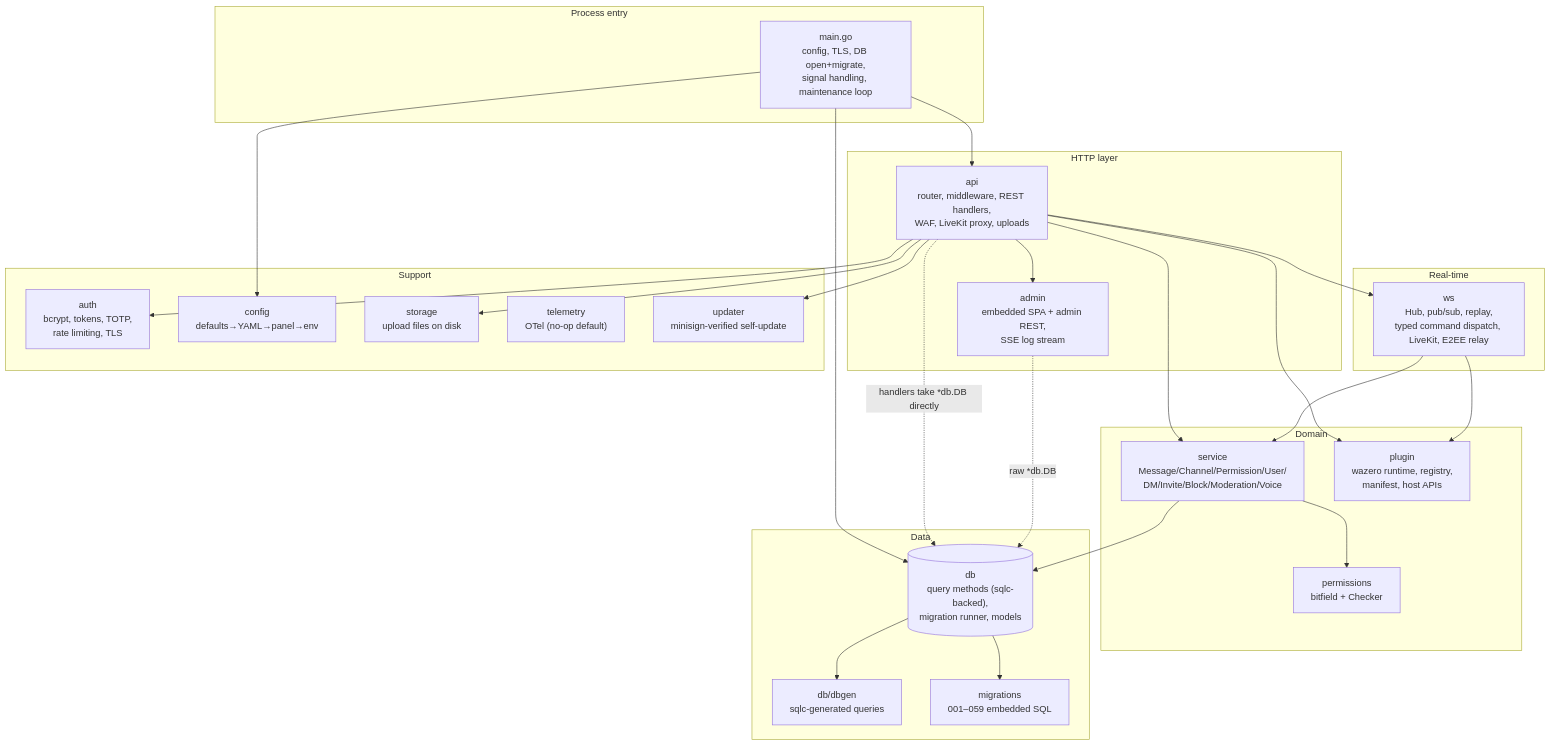
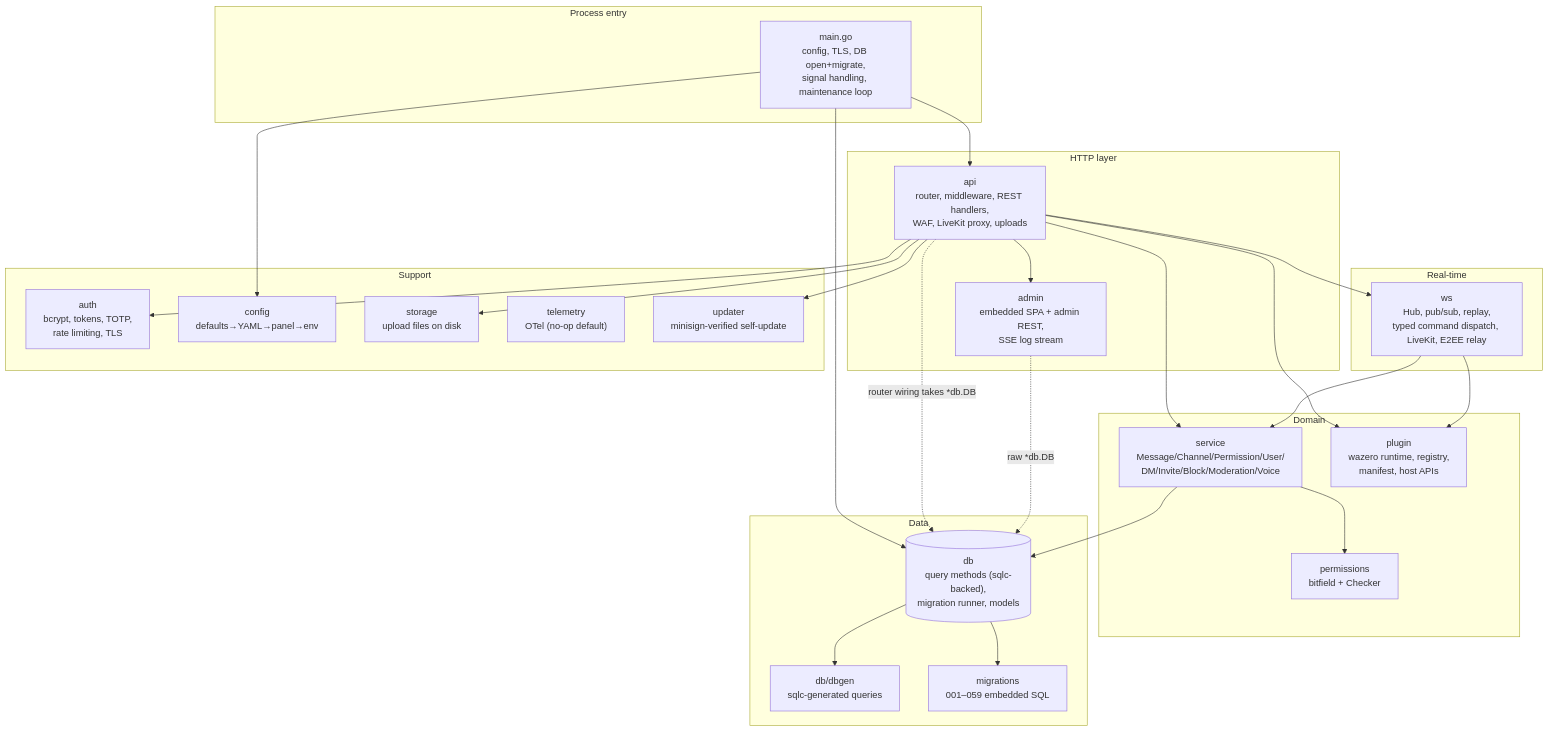
The first of 2 diagrams in docs/architecture/server.md (J3vb/OwnCord), drawn with Mermaid before and after one commit. The commit also changed other lines of this file and 4 other files, not shown here.

````diff
--- a/docs/architecture/server.md
+++ b/docs/architecture/server.md
@@ -27,56 +27,56 @@
 ```mermaid
 flowchart TB
     subgraph entry ["Process entry"]
         MAIN["main.go<br/>config, TLS, DB open+migrate,<br/>signal handling, maintenance loop"]
     end
 
     subgraph http ["HTTP layer"]
         API["api<br/>router, middleware, REST handlers,<br/>WAF, LiveKit proxy, uploads"]
         ADMIN["admin<br/>embedded SPA + admin REST,<br/>SSE log stream"]
     end
 
     subgraph realtime ["Real-time"]
         WS["ws<br/>Hub, pub/sub, replay,<br/>typed command dispatch, LiveKit, E2EE relay"]
     end
 
     subgraph domain ["Domain"]
         SVC["service<br/>Message/Channel/Permission/User/<br/>DM/Invite/Block/Moderation/Voice"]
         PERM["permissions<br/>bitfield + Checker"]
         PLUGIN["plugin<br/>wazero runtime, registry,<br/>manifest, host APIs"]
     end
 
     subgraph data ["Data"]
         DB[("db<br/>query methods (sqlc-backed),<br/>migration runner, models")]
         DBGEN["db/dbgen<br/>sqlc-generated queries"]
         MIG["migrations<br/>001–059 embedded SQL"]
     end
 
     subgraph support ["Support"]
         AUTH["auth<br/>bcrypt, tokens, TOTP,<br/>rate limiting, TLS"]
         CFG["config<br/>defaults→YAML→panel→env"]
         STORAGE["storage<br/>upload files on disk"]
         TEL["telemetry<br/>OTel (no-op default)"]
         UPD["updater<br/>minisign-verified self-update"]
     end
 
     MAIN --> CFG
     MAIN --> API
     MAIN --> DB
     API --> ADMIN
     API --> WS
     API --> SVC
     API --> AUTH
     API --> STORAGE
     API --> UPD
     API --> PLUGIN
     SVC --> DB
     SVC --> PERM
     DB --> DBGEN
     DB --> MIG
     WS --> SVC
     WS --> PLUGIN
 
     %% Residual layering seam (dashed): raw *db.DB used above the service layer
-    API -.->|"handlers take *db.DB directly"| DB
+    API -.->|"router wiring takes *db.DB"| DB
     ADMIN -.->|"raw *db.DB"| DB
 ```
````
